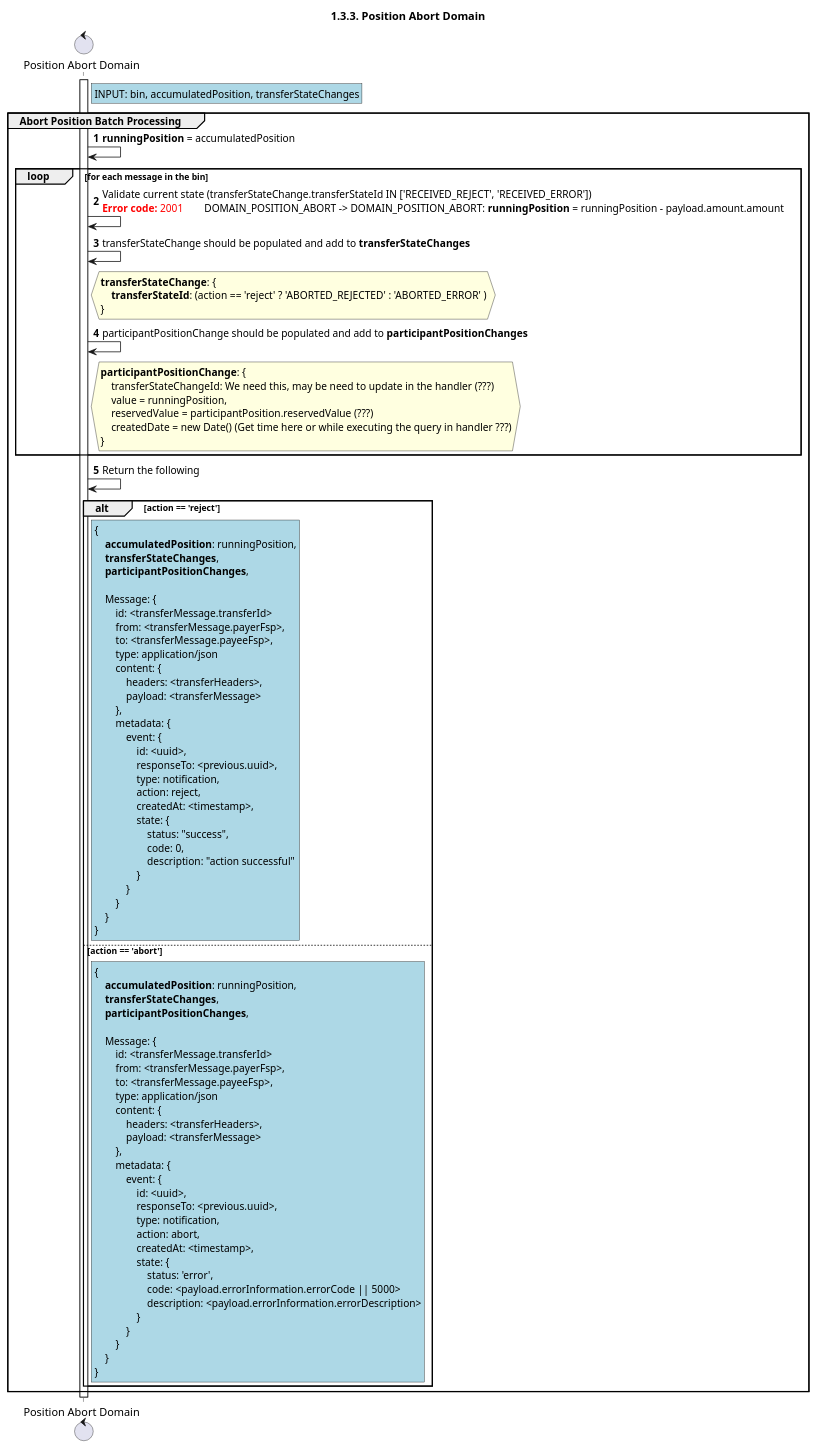
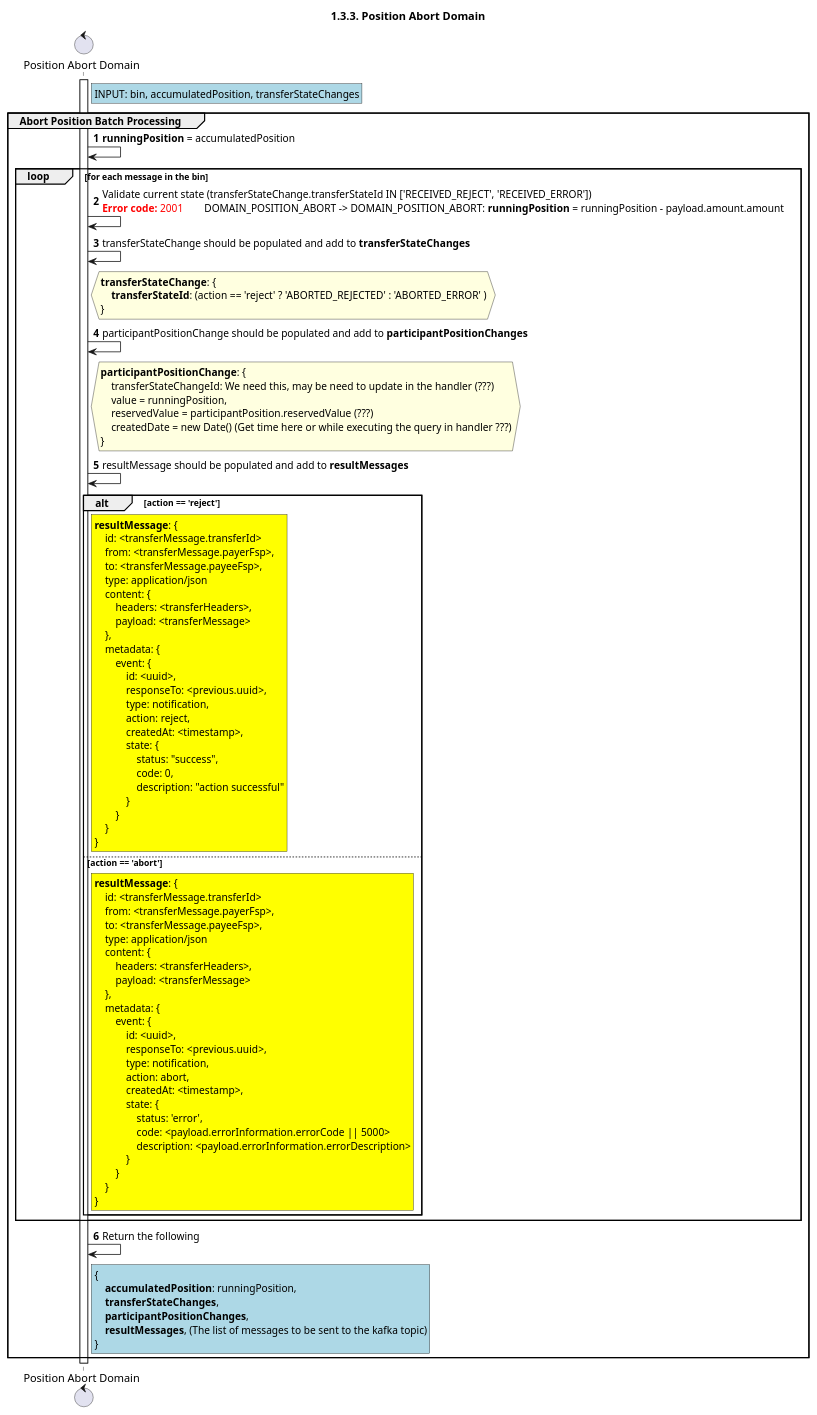
Before and after one commit to mojaloop/documentation: the diagram in docs/technical/central-ledger/assets/diagrams/sequence/seq-position-1.3.4-abort-domain.plantuml, drawn with PlantUML. The commit also changed 10 other files, not shown here.

Commit message:
feat: updated seq diagrams

```diff
--- a/docs/technical/central-ledger/assets/diagrams/sequence/seq-position-1.3.4-abort-domain.plantuml
+++ b/docs/technical/central-ledger/assets/diagrams/sequence/seq-position-1.3.4-abort-domain.plantuml
@@ -28,115 +28,110 @@
 @startuml
 ' declate title
 title 1.3.3. Position Abort Domain
 
 autonumber
 
 ' Actor Keys:
 '   boundary - APIs/Interfaces, etc
 '   collections - Kafka Topics
 '   control - Kafka Consumers
 '   entity - Database Access Objects
 '   database - Database Persistence Store
 
 ' declare actors
 control "Position Abort Domain" as DOMAIN_POSITION_ABORT
 
 ' start flow
 activate DOMAIN_POSITION_ABORT
 rnote right of DOMAIN_POSITION_ABORT #lightblue
     INPUT: bin, accumulatedPosition, transferStateChanges
 end note
 group Abort Position Batch Processing
     DOMAIN_POSITION_ABORT -> DOMAIN_POSITION_ABORT: **runningPosition** = accumulatedPosition
     loop for each message in the bin
         DOMAIN_POSITION_ABORT -> DOMAIN_POSITION_ABORT: Validate current state (transferStateChange.transferStateId IN ['RECEIVED_REJECT', 'RECEIVED_ERROR'])\n<color #FF0000><b>Error code:</b> 2001</color>        DOMAIN_POSITION_ABORT -> DOMAIN_POSITION_ABORT: **runningPosition** = runningPosition - payload.amount.amount
         DOMAIN_POSITION_ABORT -> DOMAIN_POSITION_ABORT: transferStateChange should be populated and add to **transferStateChanges**
         hnote right of DOMAIN_POSITION_ABORT #lightyellow
             **transferStateChange**: {
                 **transferStateId**: (action == 'reject' ? 'ABORTED_REJECTED' : 'ABORTED_ERROR' )
             }
         end note
         DOMAIN_POSITION_ABORT -> DOMAIN_POSITION_ABORT: participantPositionChange should be populated and add to **participantPositionChanges**
         hnote right of DOMAIN_POSITION_ABORT #lightyellow
             **participantPositionChange**: {
                 transferStateChangeId: We need this, may be need to update in the handler (???)
                 value = runningPosition,
                 reservedValue = participantPosition.reservedValue (???)
                 createdDate = new Date() (Get time here or while executing the query in handler ???)
             }
         end note
+        DOMAIN_POSITION_ABORT -> DOMAIN_POSITION_ABORT: resultMessage should be populated and add to **resultMessages**
+        alt action == 'reject'
+            rnote right of DOMAIN_POSITION_ABORT #yellow
+                **resultMessage**: {
+                    id: <transferMessage.transferId>
+                    from: <transferMessage.payerFsp>,
+                    to: <transferMessage.payeeFsp>,
+                    type: application/json
+                    content: {
+                        headers: <transferHeaders>,
+                        payload: <transferMessage>
+                    },
+                    metadata: {
+                        event: {
+                            id: <uuid>,
+                            responseTo: <previous.uuid>,
+                            type: notification,
+                            action: reject,
+                            createdAt: <timestamp>,
+                            state: {
+                                status: "success",
+                                code: 0,
+                                description: "action successful"
+                            }
+                        }
+                    }
+                }
+            end note
+        else action == 'abort'
+            rnote right of DOMAIN_POSITION_ABORT #yellow
+                **resultMessage**: {
+                    id: <transferMessage.transferId>
+                    from: <transferMessage.payerFsp>,
+                    to: <transferMessage.payeeFsp>,
+                    type: application/json
+                    content: {
+                        headers: <transferHeaders>,
+                        payload: <transferMessage>
+                    },
+                    metadata: {
+                        event: {
+                            id: <uuid>,
+                            responseTo: <previous.uuid>,
+                            type: notification,
+                            action: abort,
+                            createdAt: <timestamp>,
+                            state: {
+                                status: 'error',
+                                code: <payload.errorInformation.errorCode || 5000>
+                                description: <payload.errorInformation.errorDescription>
+                            }
+                        }
+                    }
+                }
+            end note
+        end
     end
    
     DOMAIN_POSITION_ABORT -> DOMAIN_POSITION_ABORT: Return the following
-
-
-    alt action == 'reject'
-        rnote right of DOMAIN_POSITION_ABORT #lightblue
-        {
-            **accumulatedPosition**: runningPosition,
-            **transferStateChanges**,
-            **participantPositionChanges**,
-
-            Message: {
-                id: <transferMessage.transferId>
-                from: <transferMessage.payerFsp>,
-                to: <transferMessage.payeeFsp>,
-                type: application/json
-                content: {
-                    headers: <transferHeaders>,
-                    payload: <transferMessage>
-                },
-                metadata: {
-                    event: {
-                        id: <uuid>,
-                        responseTo: <previous.uuid>,
-                        type: notification,
-                        action: reject,
-                        createdAt: <timestamp>,
-                        state: {
-                            status: "success",
-                            code: 0,
-                            description: "action successful"
-                        }
-                    }
-                }
-            }
-        }
-        end note
-    else action == 'abort'
-        rnote right of DOMAIN_POSITION_ABORT #lightblue
-        {
-            **accumulatedPosition**: runningPosition,
-            **transferStateChanges**,
-            **participantPositionChanges**,
-
-            Message: {
-                id: <transferMessage.transferId>
-                from: <transferMessage.payerFsp>,
-                to: <transferMessage.payeeFsp>,
-                type: application/json
-                content: {
-                    headers: <transferHeaders>,
-                    payload: <transferMessage>
-                },
-                metadata: {
-                    event: {
-                        id: <uuid>,
-                        responseTo: <previous.uuid>,
-                        type: notification,
-                        action: abort,
-                        createdAt: <timestamp>,
-                        state: {
-                            status: 'error',
-                            code: <payload.errorInformation.errorCode || 5000>
-                            description: <payload.errorInformation.errorDescription>
-                        }
-                    }
-                }
-            }
-        }
-        end note
-    end
+    rnote right of DOMAIN_POSITION_ABORT #lightblue
+    {
+        **accumulatedPosition**: runningPosition,
+        **transferStateChanges**,
+        **participantPositionChanges**,
+        **resultMessages**, (The list of messages to be sent to the kafka topic)
+    }
+    end note
 end
 deactivate DOMAIN_POSITION_ABORT
 @enduml
```
